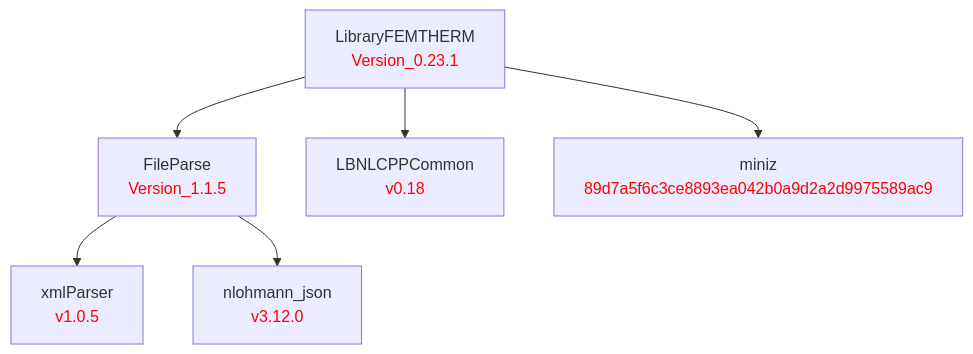
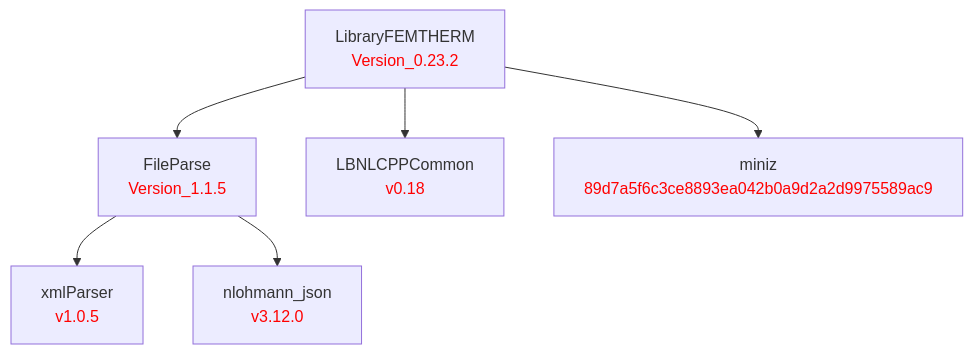
Before and after one commit to LBNL-ETA/LibraryFEMTherm: the diagram in doc/LibraryFEMTHERM.md, drawn with Mermaid. The commit also changed 1 other file, not shown here.

Commit message:
Bump to Version_0.23.2

````diff
--- a/doc/LibraryFEMTHERM.md
+++ b/doc/LibraryFEMTHERM.md
@@ -1,17 +1,17 @@
 ```mermaid
 graph TD
     %% Package definitions
     xmlParser[xmlParser<br/><font color='red'>v1.0.5</font>]
     nlohmann_json[nlohmann_json<br/><font color='red'>v3.12.0</font>]
     FileParse[FileParse<br/><font color='red'>Version_1.1.5</font>]
     LBNLCPPCommon[LBNLCPPCommon<br/><font color='red'>v0.18</font>]
     miniz[miniz<br/><font color='red'>89d7a5f6c3ce8893ea042b0a9d2a2d9975589ac9</font>]
-    LibraryFEMTHERM[LibraryFEMTHERM<br/><font color='red'>Version_0.23.1</font>]
+    LibraryFEMTHERM[LibraryFEMTHERM<br/><font color='red'>Version_0.23.2</font>]
 
     %% Package relations
     LibraryFEMTHERM --> FileParse
     LibraryFEMTHERM --> LBNLCPPCommon
     LibraryFEMTHERM --> miniz
     FileParse --> xmlParser
     FileParse --> nlohmann_json
 ```
````
